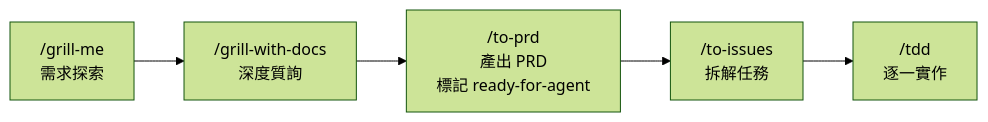
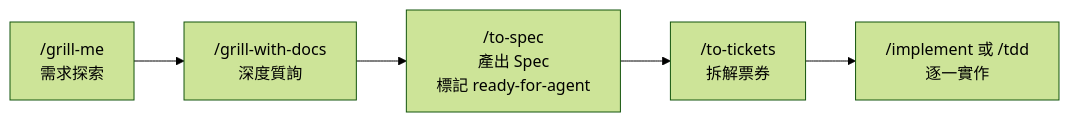
The seventh of 15 diagrams in content/posts/教學/AI開發/mattpocock skills 教學手冊.md (chihhung/Blog), drawn with Mermaid (forest theme) before and after one commit. The commit also changed other lines of this file, not shown here.

````diff
--- a/content/posts/教學/AI開發/mattpocock skills 教學手冊.md
+++ b/content/posts/教學/AI開發/mattpocock skills 教學手冊.md
@@ -1336,7 +1390,7 @@
 ```mermaid
 flowchart LR
     A["/grill-me<br/>需求探索"] --> B["/grill-with-docs<br/>深度質詢"]
-    B --> C["/to-prd<br/>產出 PRD<br/>標記 ready-for-agent"]
-    C --> D["/to-issues<br/>拆解任務"]
-    D --> E["/tdd<br/>逐一實作"]
+    B --> C["/to-spec<br/>產出 Spec<br/>標記 ready-for-agent"]
+    C --> D["/to-tickets<br/>拆解票券"]
+    D --> E["/implement 或 /tdd<br/>逐一實作"]
 ```
````
